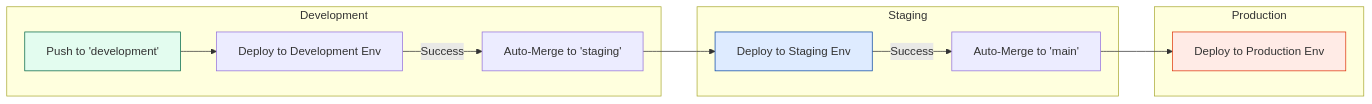
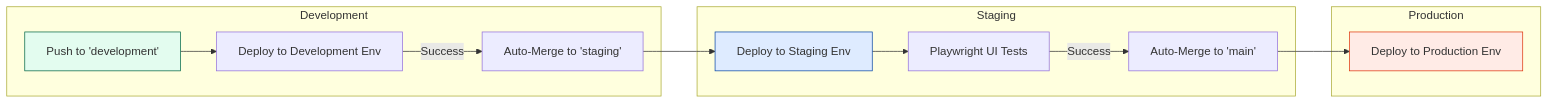
Before and after one commit to jabrealmoe/ai-suggest: the first of 2 diagrams in README.md, drawn with Mermaid. The commit also changed other lines of this file, not shown here.

Commit message:
docs(readme): Add Playwright UI test gate to deployment flow diagram

````diff
--- a/README.md
+++ b/README.md
@@ -15,20 +15,21 @@
 ```mermaid
 graph LR
     subgraph "Development"
         DevPush[Push to 'development'] --> DevDeploy[Deploy to Development Env]
         DevDeploy -->|Success| AutoMergeStaging[Auto-Merge to 'staging']
     end
 
     subgraph "Staging"
         AutoMergeStaging --> StagingDeploy[Deploy to Staging Env]
-        StagingDeploy -->|Success| AutoMergeMain[Auto-Merge to 'main']
+        StagingDeploy --> Playwright[Playwright UI Tests]
+        Playwright -->|Success| AutoMergeMain[Auto-Merge to 'main']
     end
 
     subgraph "Production"
         AutoMergeMain --> ProdDeploy[Deploy to Production Env]
     end
 
     style DevPush fill:#E3FCEF,stroke:#006644
     style StagingDeploy fill:#DEEBFF,stroke:#0747A6
     style ProdDeploy fill:#FFEBE6,stroke:#DE350B
 ```
````
